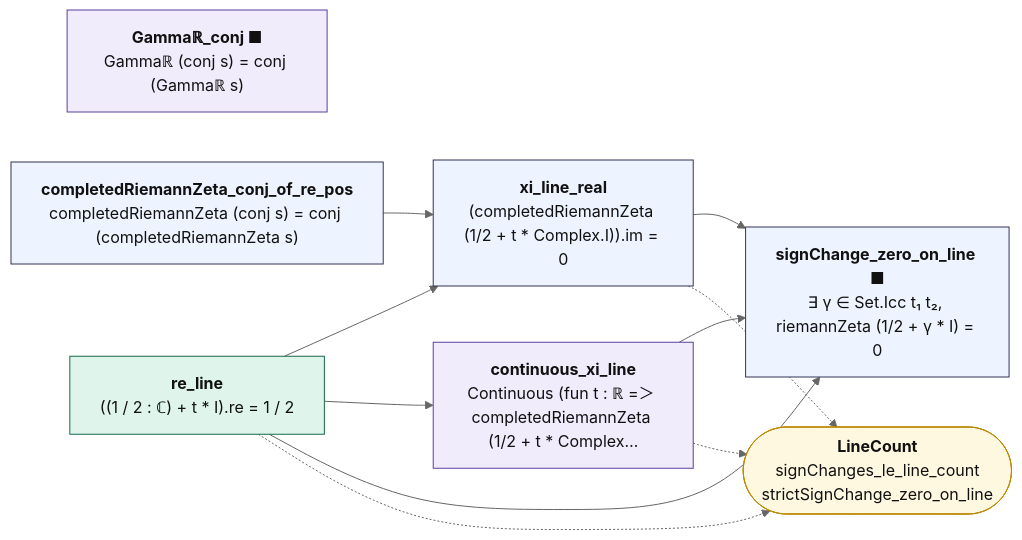
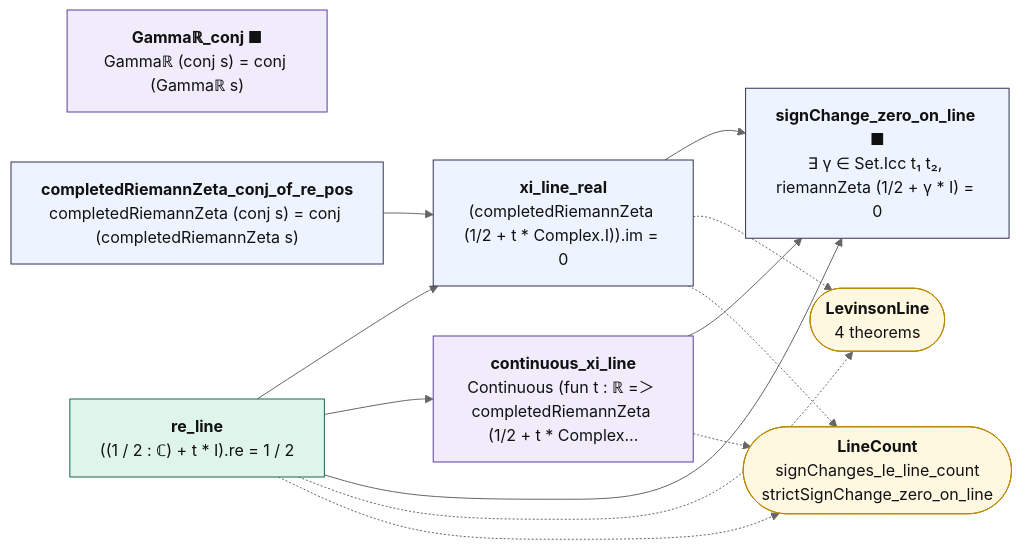
Before and after one commit to juliansambranojr/Primebeat_081426: the diagram in map/lean_stage3/HardyZ.md, drawn with Mermaid (neutral theme). The commit also changed other lines of this file and 11 other files, not shown here.

````diff
--- a/map/lean_stage3/HardyZ.md
+++ b/map/lean_stage3/HardyZ.md
@@ -14,27 +14,30 @@
 ```mermaid
 flowchart LR
   n0["<b>Gammaℝ_conj ■</b><br/>Gammaℝ (conj s) = conj (Gammaℝ s)"]:::shp
   n1["<b>completedRiemannZeta_conj_of_re_pos</b><br/>completedRiemannZeta (conj s) = conj (completedRiemannZeta s)"]:::thm
   n2["<b>re_line</b><br/>((1 / 2 : ℂ) + t * I).re = 1 / 2"]:::cnt
   n3["<b>xi_line_real</b><br/>(completedRiemannZeta (1/2 + t * Complex.I)).im = 0"]:::thm
   n4["<b>continuous_xi_line</b><br/>Continuous (fun t : ℝ =＞ completedRiemannZeta (1/2 + t * Complex…"]:::shp
   n5["<b>signChange_zero_on_line ■</b><br/>∃ γ ∈ Set.Icc t₁ t₂, riemannZeta (1/2 + γ * I) = 0"]:::thm
-  x0(["<b>LineCount</b><br/>signChanges_le_line_count<br/>strictSignChange_zero_on_line"]):::ext
+  x0(["<b>LevinsonLine</b><br/>4 theorems"]):::ext
+  x1(["<b>LineCount</b><br/>signChanges_le_line_count<br/>strictSignChange_zero_on_line"]):::ext
   n1 --> n3
   n2 --> n3
   n2 --> n4
   n2 --> n5
   n3 --> n5
   n4 --> n5
   n2 -.-> x0
+  n2 -.-> x1
   n3 -.-> x0
-  n4 -.-> x0
+  n3 -.-> x1
+  n4 -.-> x1
   classDef cnt fill:#dff5ec,stroke:#17694a,color:#111
   classDef shp fill:#f1ecfb,stroke:#5b3fa0,color:#111
   classDef rh fill:#ffe5e5,stroke:#c22,color:#111,stroke-width:2px
   classDef thm fill:#eef4ff,stroke:#335,color:#111
   classDef end_ fill:#e7f7e7,stroke:#2a7,color:#111,stroke-width:2px
   classDef lone fill:#fff,stroke:#999,color:#111,stroke-dasharray:4 3
   classDef bad fill:#ffe5e5,stroke:#c22,color:#111,stroke-width:2px
   classDef ext fill:#fff8e1,stroke:#b80,color:#111
 ```
````
